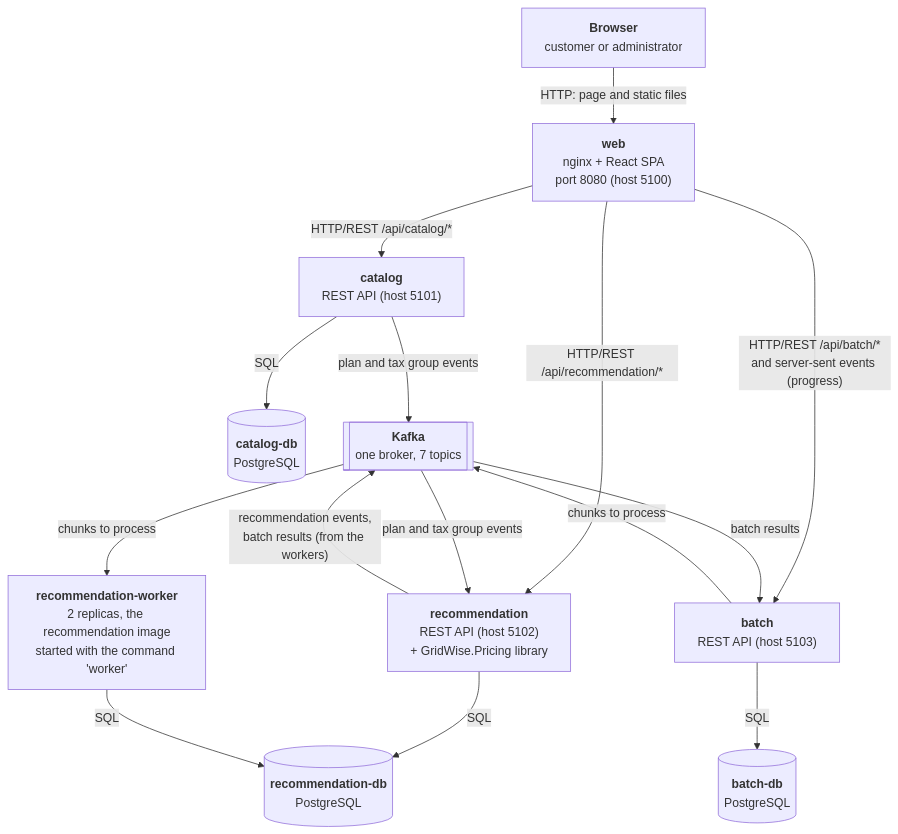
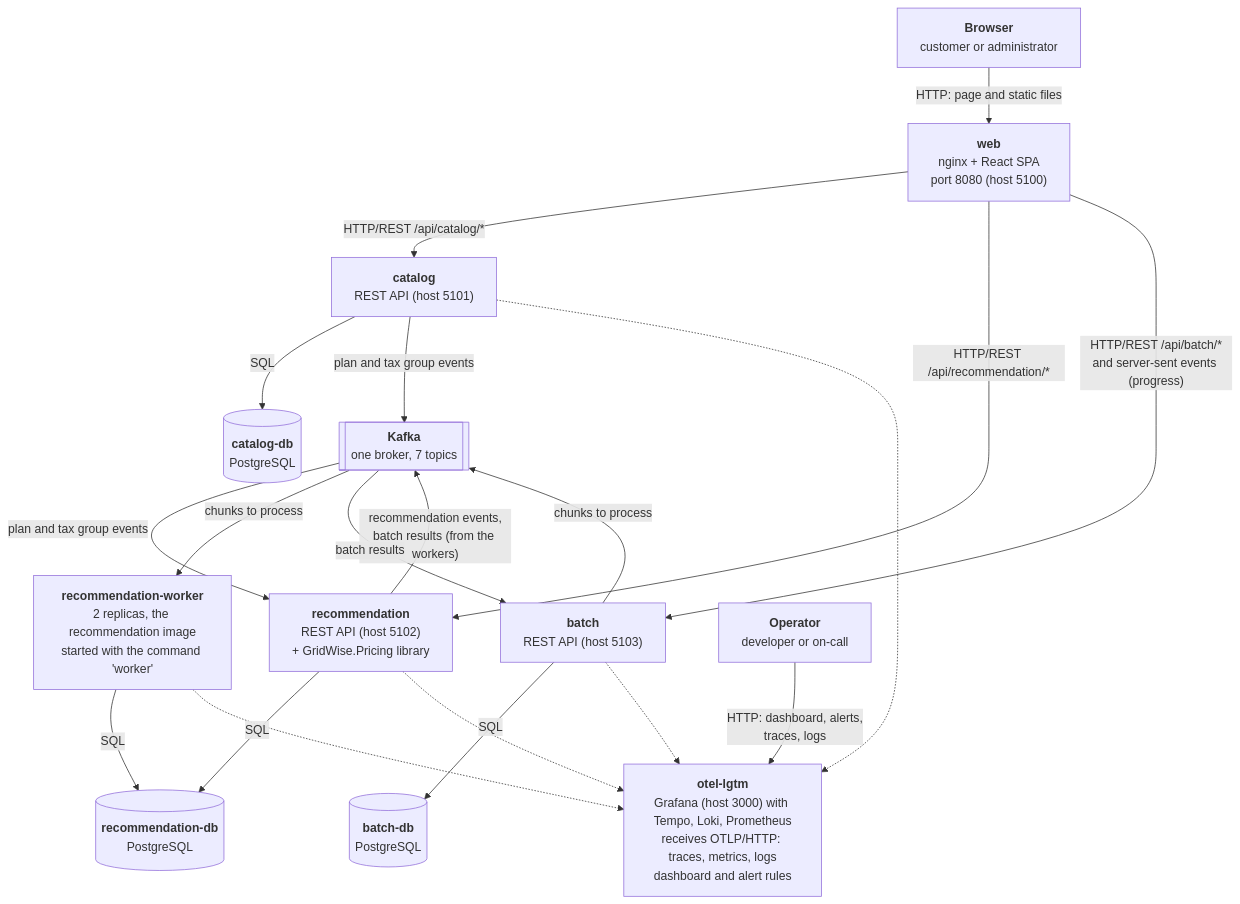
The second of 3 diagrams in docs/architecture/README.md (bratsale/gridwise), drawn with Mermaid before and after one commit. The commit also changed other lines of this file and 24 other files, not shown here.

Commit message:
feat(observability): add pipeline metrics, a dashboard and alert rules

````diff
--- a/docs/architecture/README.md
+++ b/docs/architecture/README.md
@@ -44,33 +44,41 @@
 ```mermaid
 flowchart TB
     browser["<b>Browser</b><br/>customer or administrator"]
     web["<b>web</b><br/>nginx + React SPA<br/>port 8080 (host 5100)"]
 
     catalog["<b>catalog</b><br/>REST API (host 5101)"]
     rec["<b>recommendation</b><br/>REST API (host 5102)<br/>+ GridWise.Pricing library"]
     batch["<b>batch</b><br/>REST API (host 5103)"]
     worker["<b>recommendation-worker</b><br/>2 replicas, the recommendation image<br/>started with the command 'worker'"]
 
     catalogdb[("<b>catalog-db</b><br/>PostgreSQL")]
     recdb[("<b>recommendation-db</b><br/>PostgreSQL")]
     batchdb[("<b>batch-db</b><br/>PostgreSQL")]
 
     kafka[["<b>Kafka</b><br/>one broker, 7 topics"]]
 
     browser -->|"HTTP: page and static files"| web
     web -->|"HTTP/REST /api/catalog/*"| catalog
     web -->|"HTTP/REST /api/recommendation/*"| rec
     web -->|"HTTP/REST /api/batch/*<br/>and server-sent events (progress)"| batch
 
     catalog -->|"SQL"| catalogdb
     rec -->|"SQL"| recdb
     batch -->|"SQL"| batchdb
     worker -->|"SQL"| recdb
 
     catalog -->|"plan and tax group events"| kafka
     kafka -->|"plan and tax group events"| rec
     rec -->|"recommendation events,<br/>batch results (from the workers)"| kafka
     batch -->|"chunks to process"| kafka
     kafka -->|"chunks to process"| worker
     kafka -->|"batch results"| batch
+
+    operator["<b>Operator</b><br/>developer or on-call"]
+    lgtm["<b>otel-lgtm</b><br/>Grafana (host 3000) with Tempo, Loki, Prometheus<br/>receives OTLP/HTTP: traces, metrics, logs<br/>dashboard and alert rules"]
+    catalog -.-> lgtm
+    rec -.-> lgtm
+    batch -.-> lgtm
+    worker -.-> lgtm
+    operator -->|"HTTP: dashboard, alerts,<br/>traces, logs"| lgtm
 ```
````
